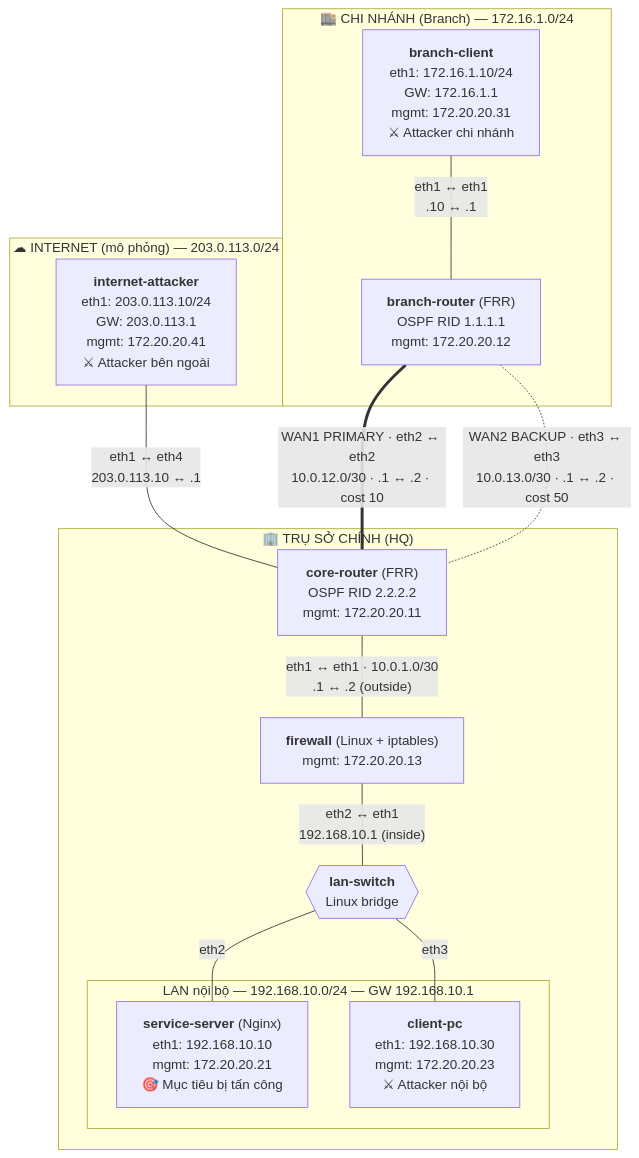
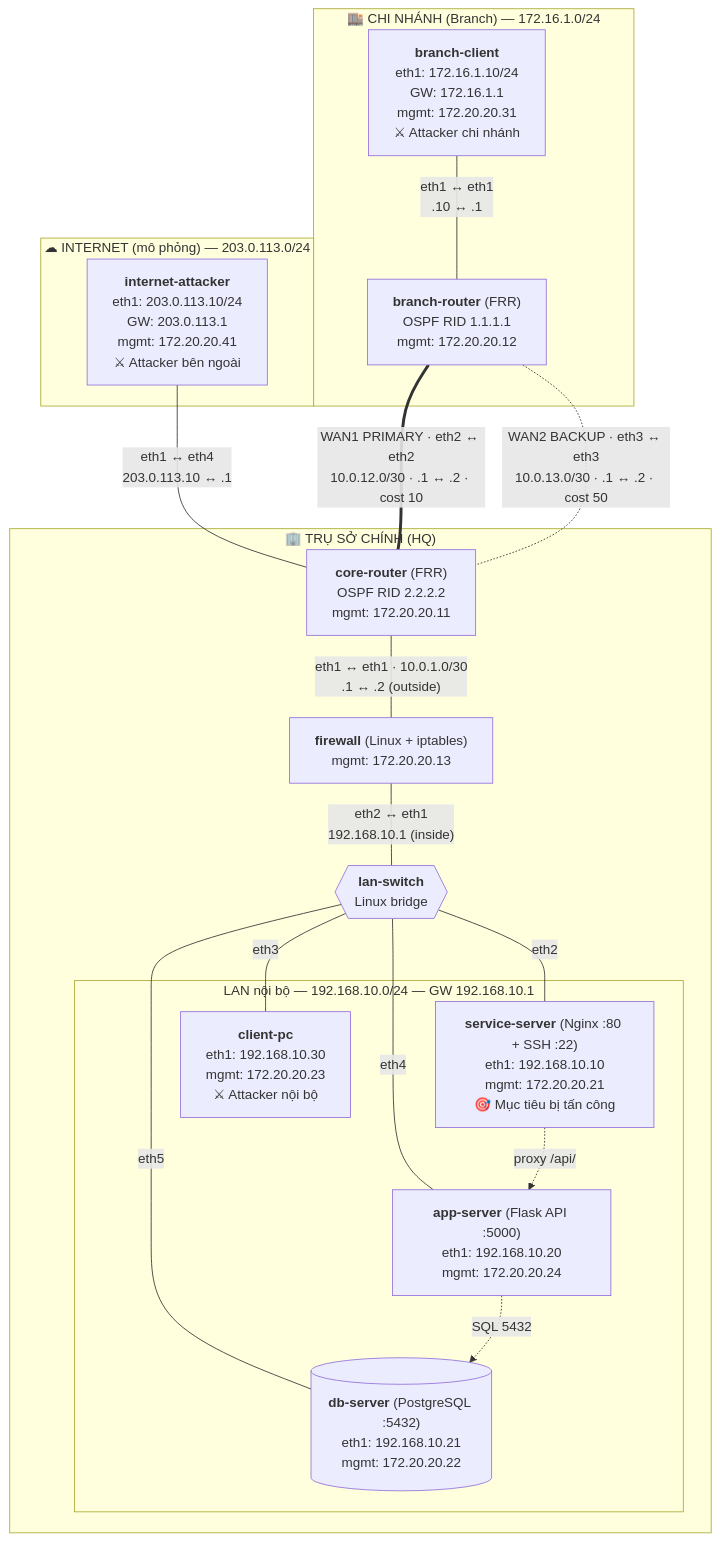
One commit to DucLoc29/AIOpsProject changed the first of 2 diagrams in docs/network-design.md. Above: the diagram before and after it, drawn with Mermaid. The commit also changed other lines of this file and 17 other files, not shown here.

Commit message:
Phase 3: Deploy 3-tier enterprise service (Nginx/Flask/PostgreSQL) and implement 7 anomaly scenario scripts

````diff
--- a/docs/network-design.md
+++ b/docs/network-design.md
@@ -11,30 +11,36 @@
 ```mermaid
 flowchart TB
     subgraph INET["☁ INTERNET (mô phỏng) — 203.0.113.0/24"]
         ATK["<b>internet-attacker</b><br/>eth1: 203.0.113.10/24<br/>GW: 203.0.113.1<br/>mgmt: 172.20.20.41<br/>⚔ Attacker bên ngoài"]
     end
 
     subgraph HQ["🏢 TRỤ SỞ CHÍNH (HQ)"]
         CR["<b>core-router</b> (FRR)<br/>OSPF RID 2.2.2.2<br/>mgmt: 172.20.20.11"]
         FW["<b>firewall</b> (Linux + iptables)<br/>mgmt: 172.20.20.13"]
         SW{{"<b>lan-switch</b><br/>Linux bridge"}}
         subgraph LAN["LAN nội bộ — 192.168.10.0/24 — GW 192.168.10.1"]
-            SS["<b>service-server</b> (Nginx)<br/>eth1: 192.168.10.10<br/>mgmt: 172.20.20.21<br/>🎯 Mục tiêu bị tấn công"]
+            SS["<b>service-server</b> (Nginx :80 + SSH :22)<br/>eth1: 192.168.10.10<br/>mgmt: 172.20.20.21<br/>🎯 Mục tiêu bị tấn công"]
+            APP["<b>app-server</b> (Flask API :5000)<br/>eth1: 192.168.10.20<br/>mgmt: 172.20.20.24"]
+            DB[("<b>db-server</b> (PostgreSQL :5432)<br/>eth1: 192.168.10.21<br/>mgmt: 172.20.20.22")]
             PC["<b>client-pc</b><br/>eth1: 192.168.10.30<br/>mgmt: 172.20.20.23<br/>⚔ Attacker nội bộ"]
         end
     end
 
     subgraph BR_SITE["🏬 CHI NHÁNH (Branch) — 172.16.1.0/24"]
         BR["<b>branch-router</b> (FRR)<br/>OSPF RID 1.1.1.1<br/>mgmt: 172.20.20.12"]
         BC["<b>branch-client</b><br/>eth1: 172.16.1.10/24<br/>GW: 172.16.1.1<br/>mgmt: 172.20.20.31<br/>⚔ Attacker chi nhánh"]
     end
 
     ATK -- "eth1 ↔ eth4<br/>203.0.113.10 ↔ .1" --- CR
     CR -- "eth1 ↔ eth1 · 10.0.1.0/30<br/>.1 ↔ .2 (outside)" --- FW
     FW -- "eth2 ↔ eth1<br/>192.168.10.1 (inside)" --- SW
     SW -- "eth2" --- SS
     SW -- "eth3" --- PC
+    SW -- "eth4" --- APP
+    SW -- "eth5" --- DB
+    SS -. "proxy /api/" .-> APP
+    APP -. "SQL 5432" .-> DB
     BR == "WAN1 PRIMARY · eth2 ↔ eth2<br/>10.0.12.0/30 · .1 ↔ .2 · cost 10" === CR
     BR -. "WAN2 BACKUP · eth3 ↔ eth3<br/>10.0.13.0/30 · .1 ↔ .2 · cost 50" .- CR
     BC -- "eth1 ↔ eth1<br/>.10 ↔ .1" --- BR
 ```
````
